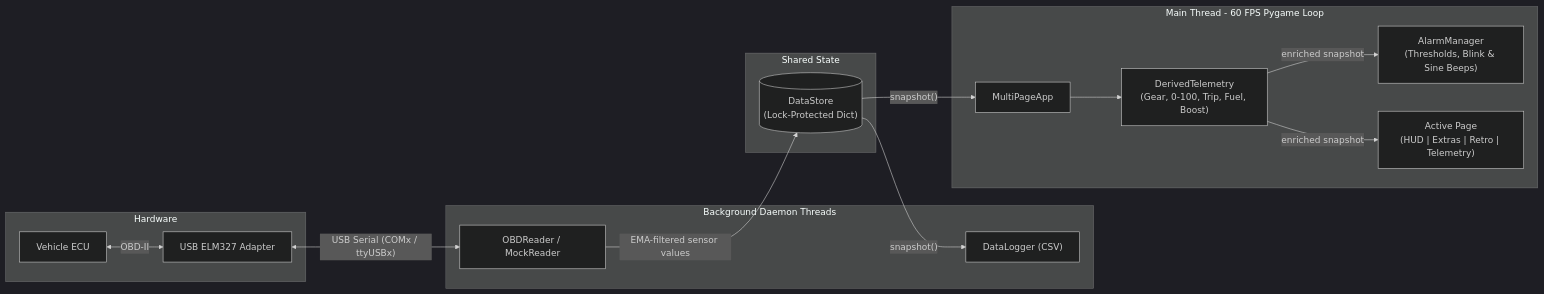
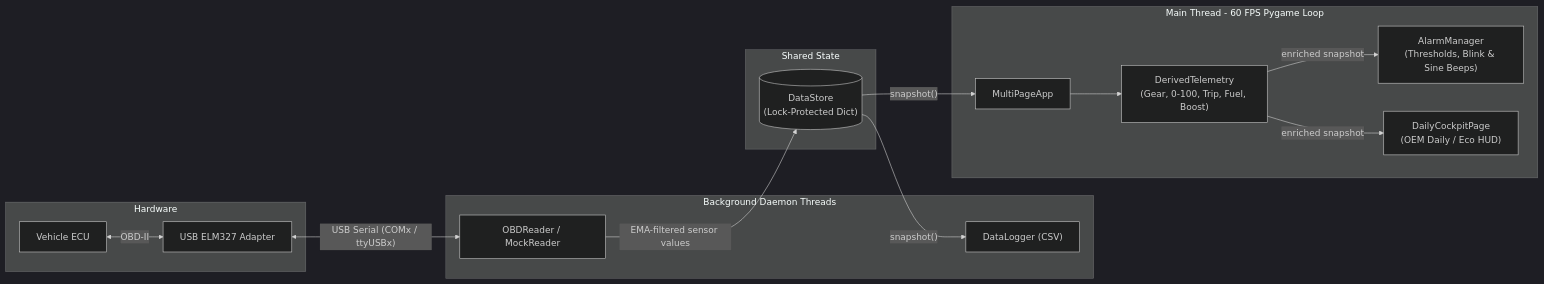
One commit to danilooo94/R36sCarDashboard changed the diagram in README.md. Above: the diagram before and after it, drawn with Mermaid (dark theme). The commit also changed other lines of this file and 36 other files, not shown here.

````diff
--- a/README.md
+++ b/README.md
@@ -13,29 +13,29 @@
 ```mermaid
 flowchart LR
     subgraph Hardware
         ECU["Vehicle ECU"] <-->|OBD-II| ELM["USB ELM327 Adapter"]
     end
 
     subgraph Background Daemon Threads
         ELM <-->|"USB Serial (COMx / ttyUSBx)"| Reader["OBDReader / MockReader"]
         Logger["DataLogger (CSV)"]
     end
 
     subgraph Shared State
         Store[("DataStore\n(Lock-Protected Dict)")]
     end
 
     subgraph Main Thread - 60 FPS Pygame Loop
         App["MultiPageApp"]
         Derived["DerivedTelemetry\n(Gear, 0-100, Trip, Fuel, Boost)"]
         Alarm["AlarmManager\n(Thresholds, Blink & Sine Beeps)"]
-        Pages["Active Page\n(HUD | Extras | Retro | Telemetry)"]
+        Page["DailyCockpitPage\n(OEM Daily / Eco HUD)"]
     end
 
     Reader -->|"EMA-filtered sensor values"| Store
     Store -->|"snapshot()"| Logger
     Store -->|"snapshot()"| App
     App --> Derived
     Derived -->|"enriched snapshot"| Alarm
-    Derived -->|"enriched snapshot"| Pages
+    Derived -->|"enriched snapshot"| Page
 ```
````
